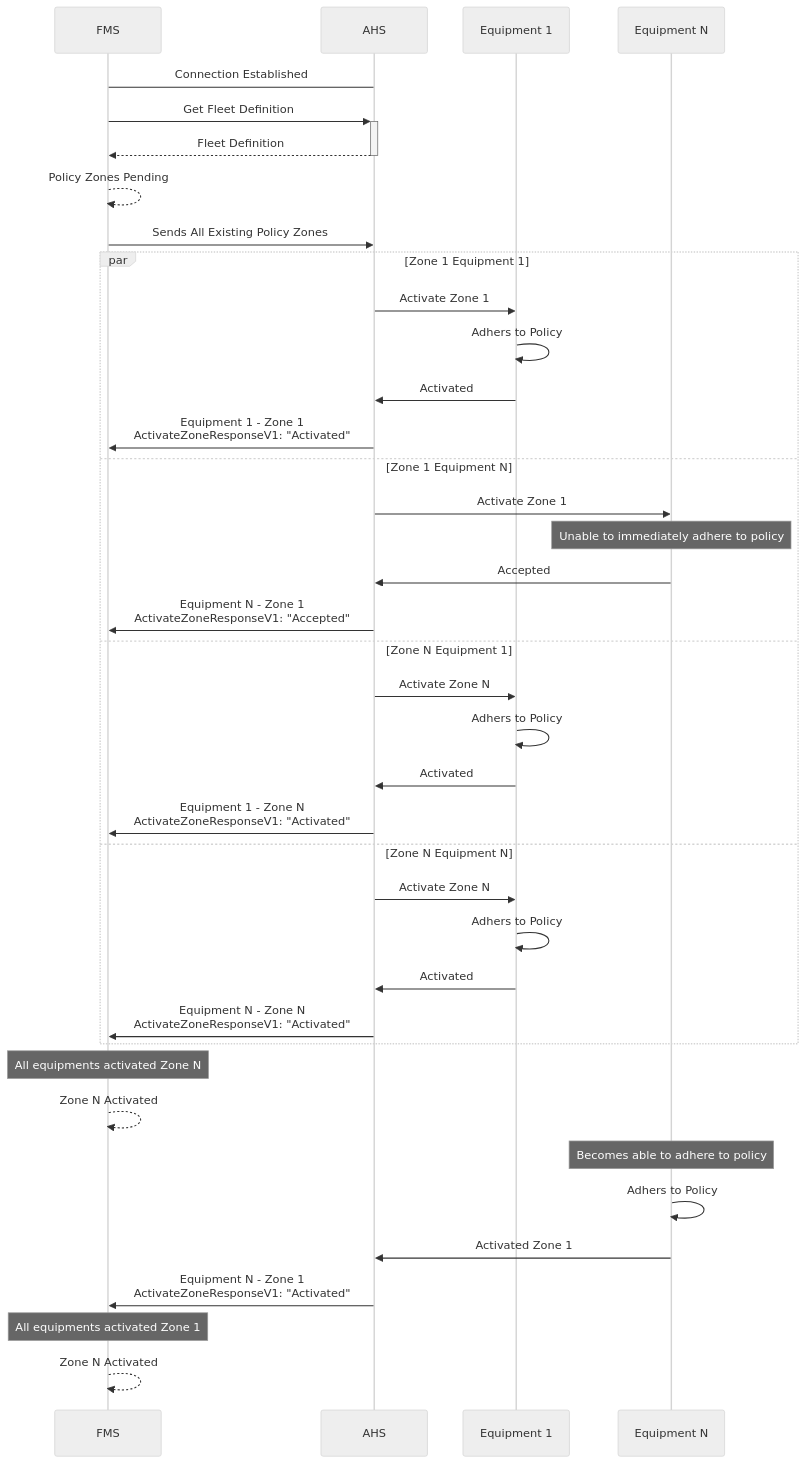
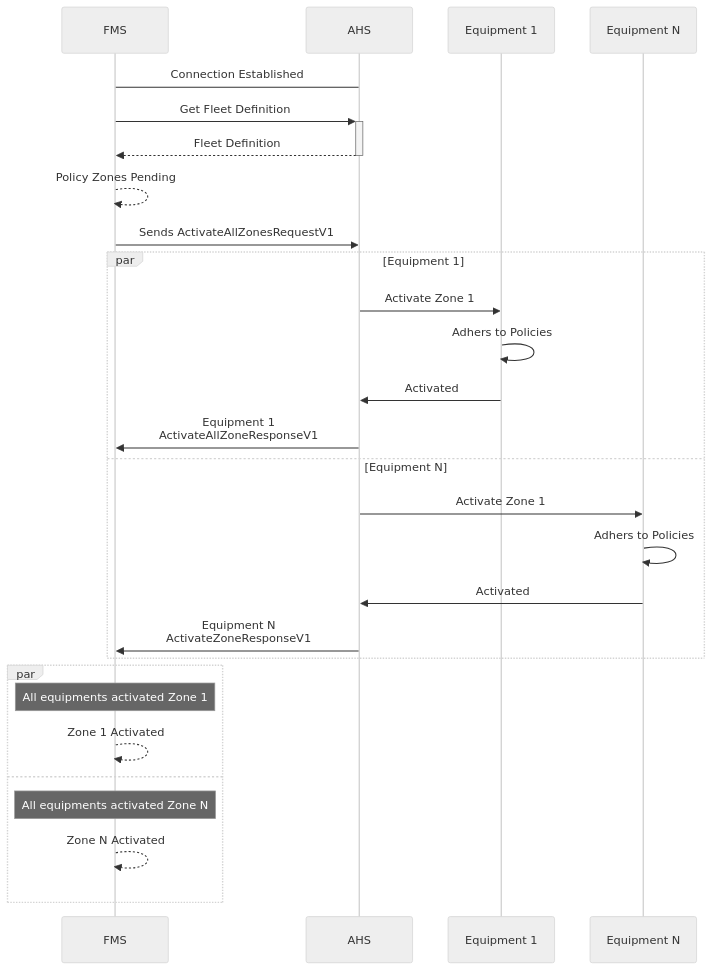
One commit to open-autonomy/zone changed the first of 6 diagrams in diagram/SequenceDiagrams.md. Above: the diagram before and after it, drawn with Mermaid (neutral theme). The commit also changed other lines of this file, not shown here.

Commit message:
added more sequence diagrams

````diff
--- a/diagram/SequenceDiagrams.md
+++ b/diagram/SequenceDiagrams.md
@@ -12,51 +14,36 @@
 ```mermaid
 sequenceDiagram
     participant FMS
     participant AHS
     participant Equipment 1
     participant Equipment N
 
     AHS->FMS: Connection Established
     FMS->>+AHS: Get Fleet Definition
     AHS-->>-FMS: Fleet Definition
 
     FMS-->>FMS: Policy Zones Pending
 
-    FMS->>AHS: Sends All Existing Policy Zones
+    FMS->>AHS: Sends ActivateAllZonesRequestV1
 
-    par Zone 1 Equipment 1
+    par Equipment 1
         AHS->>Equipment 1: Activate Zone 1
-        Equipment 1->>Equipment 1: Adhers to Policy
+        Equipment 1->>Equipment 1: Adhers to Policies
         Equipment 1->>AHS: Activated
-        AHS->>FMS: Equipment 1 - Zone 1 <br /> ActivateZoneResponseV1: "Activated"
-    and Zone 1 Equipment N
+        AHS->>FMS: Equipment 1 <br /> ActivateAllZoneResponseV1
+    and Equipment N
         AHS->>Equipment N: Activate Zone 1
-        Note Over Equipment N: Unable to immediately adhere to policy
-        Equipment N->>AHS: Accepted
-        AHS->>FMS: Equipment N - Zone 1 <br /> ActivateZoneResponseV1: "Accepted"
-    and Zone N Equipment 1
-        AHS->>Equipment 1: Activate Zone N
-        Equipment 1->>Equipment 1: Adhers to Policy
-        Equipment 1->>AHS: Activated
-        AHS->>FMS: Equipment 1 - Zone N <br /> ActivateZoneResponseV1: "Activated"
-    and Zone N Equipment N
-        AHS->>Equipment 1: Activate Zone N
-        Equipment 1->>Equipment 1: Adhers to Policy
-        Equipment 1->>AHS: Activated
-        AHS->>FMS: Equipment N - Zone N<br /> ActivateZoneResponseV1: "Activated"
+        Equipment N->>Equipment N: Adhers to Policies
+        Equipment N->>AHS: Activated
+        AHS->>FMS: Equipment N <br /> ActivateZoneResponseV1
     end
 
-    Note Over FMS: All equipments activated Zone N
-
-    FMS-->>FMS: Zone N Activated
-    
-    Note Over Equipment N: Becomes able to adhere to policy
-    Equipment N->>Equipment N: Adhers to Policy
-    Equipment N->>AHS: Activated Zone 1
-    AHS->>FMS: Equipment N - Zone 1 <br /> ActivateZoneResponseV1: "Activated"
-
-    Note Over FMS: All equipments activated Zone 1
-
-    FMS-->>FMS: Zone N Activated
+    par
+        Note Over FMS: All equipments activated Zone 1
+        FMS-->>FMS: Zone 1 Activated
+    and
+        Note Over FMS: All equipments activated Zone N
+        FMS-->>FMS: Zone N Activated
+    end
 
 ```
````
